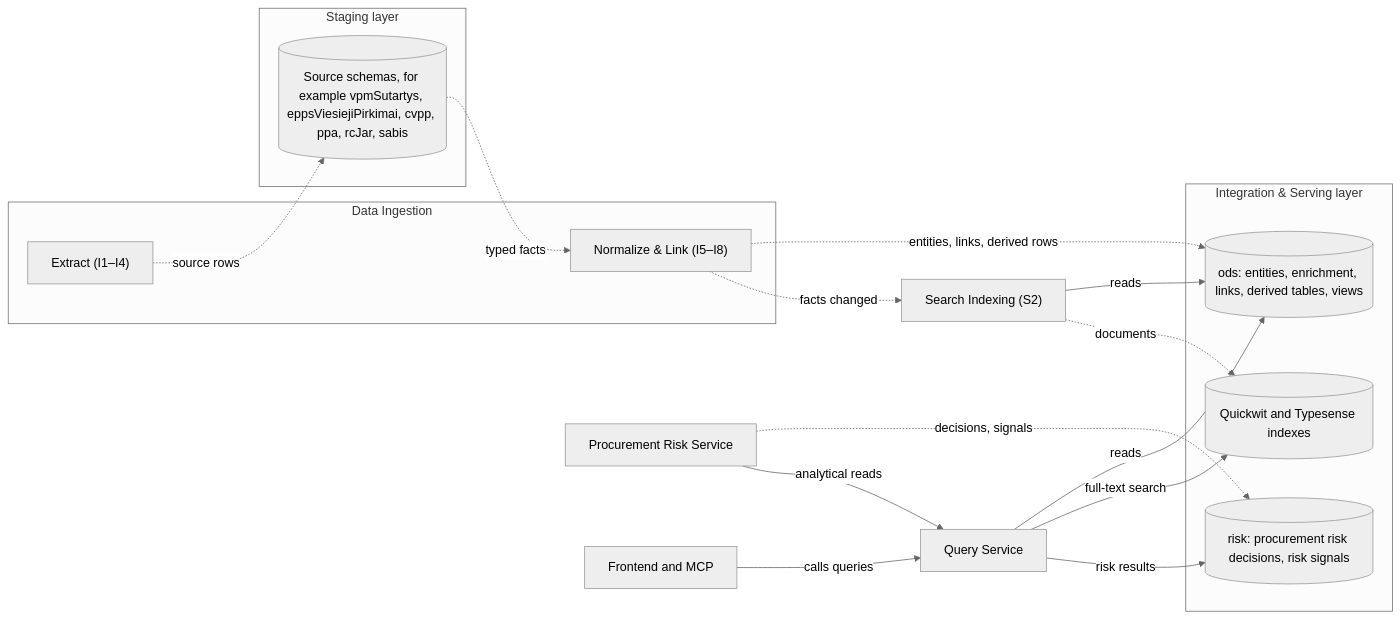
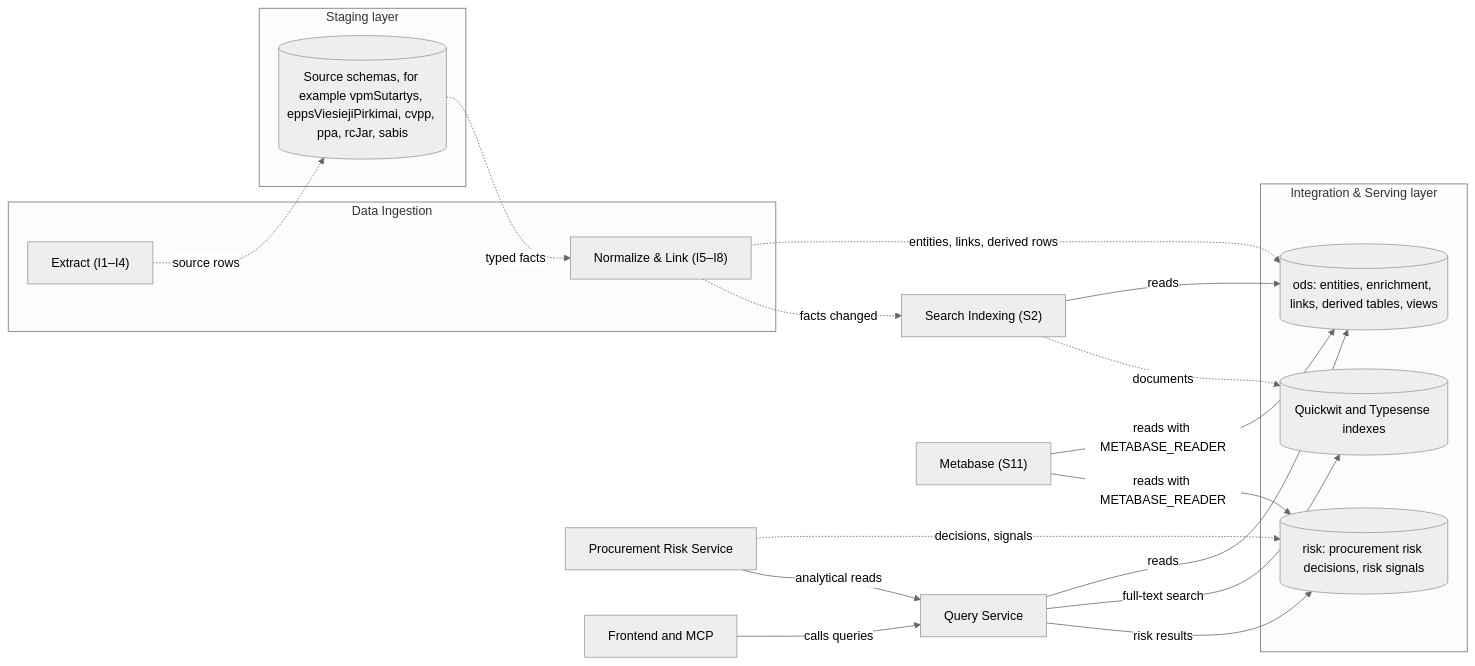
Before and after one commit to Viespirkiu-grupe/viespirkiai: the eighth of 8 diagrams in docs/architecture/architecture-upgrade.md, drawn with Mermaid (neutral theme). The commit also changed other lines of this file, not shown here.

````diff
--- a/docs/architecture/architecture-upgrade.md
+++ b/docs/architecture/architecture-upgrade.md
@@ -1569,31 +1430,34 @@
 ```mermaid
 flowchart LR
     subgraph ingestion["Data Ingestion"]
         Extract["Extract (I1–I4)"]
         NormalizeLink["Normalize & Link (I5–I8)"]
     end
     subgraph staging["Staging layer"]
         Source[("Source schemas, for example vpmSutartys, eppsViesiejiPirkimai, cvpp, ppa, rcJar, sabis")]
     end
     subgraph serving["Integration & Serving layer"]
         Ods[("ods: entities, enrichment, links, derived tables, views")]
         Risk[("risk: procurement risk decisions, risk signals")]
         Search[("Quickwit and Typesense indexes")]
     end
     Indexer["Search Indexing (S2)"]
     RiskService["Procurement Risk Service"]
     QueryService["Query Service"]
     Consumers["Frontend and MCP"]
+    Metabase["Metabase (S11)"]
     Extract -.->|source rows| Source
     Source -.->|typed facts| NormalizeLink
     NormalizeLink -.->|entities, links, derived rows| Ods
     NormalizeLink -.->|facts changed| Indexer
     Indexer -->|reads| Ods
     Indexer -.->|documents| Search
     RiskService -.->|decisions, signals| Risk
     RiskService -->|analytical reads| QueryService
     Consumers -->|calls queries| QueryService
     QueryService -->|reads| Ods
     QueryService -->|full-text search| Search
     QueryService -->|risk results| Risk
+    Metabase -->|reads with METABASE_READER| Ods
+    Metabase -->|reads with METABASE_READER| Risk
 ```
````
